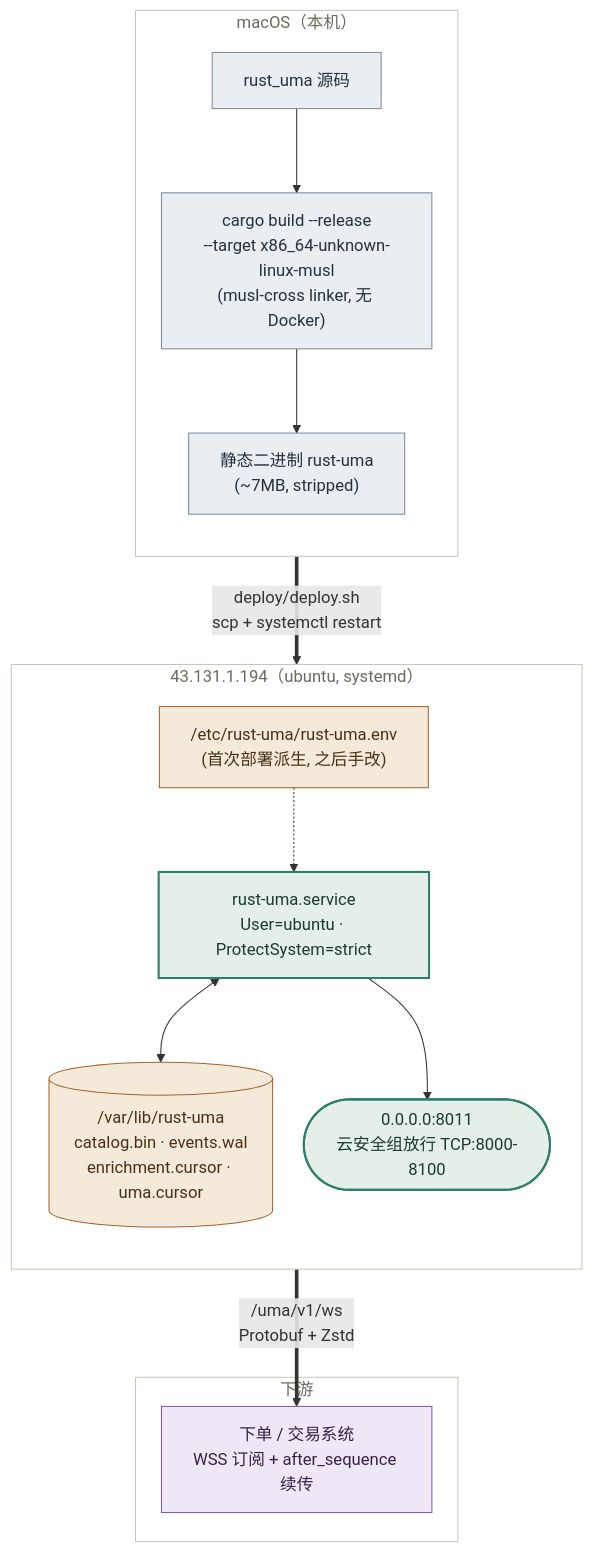
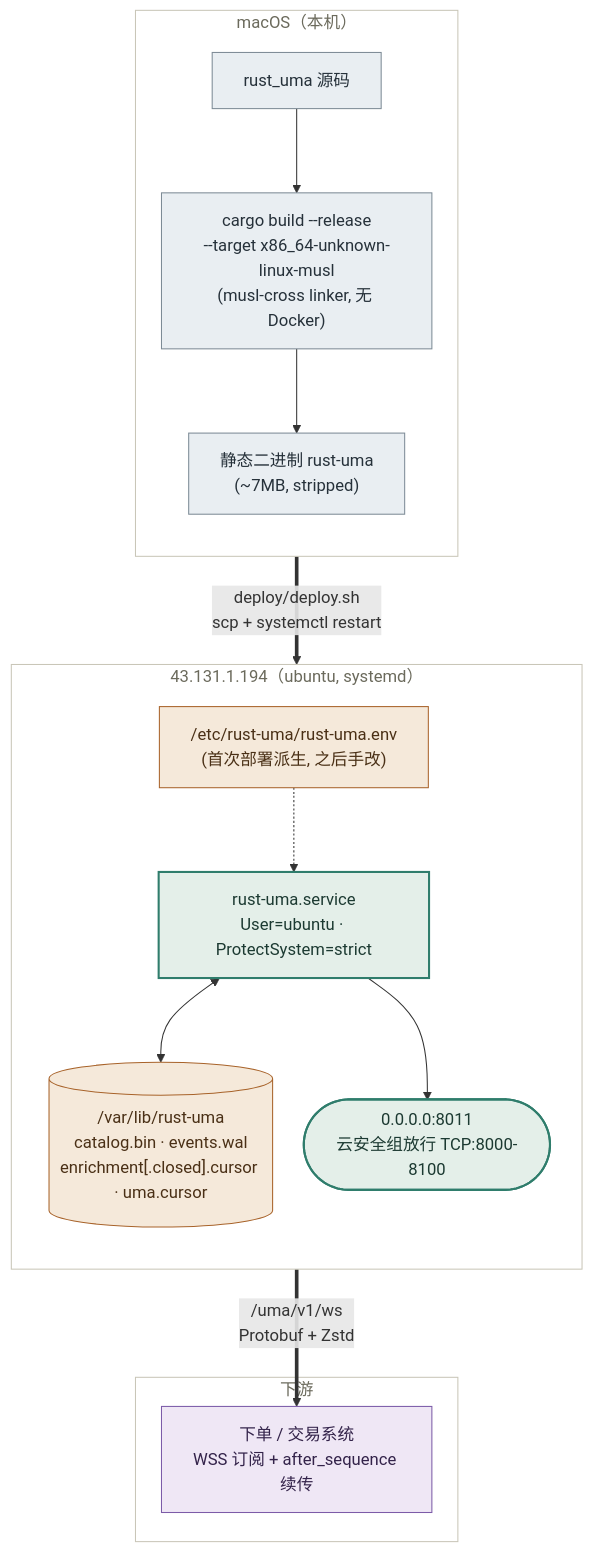
One commit to polymas/rust_uma changed the third of 3 diagrams in docs/ARCHITECTURE.md. Above: the diagram before and after it, drawn with Mermaid. The commit also changed other lines of this file and 8 other files, not shown here.

````diff
--- a/docs/ARCHITECTURE.md
+++ b/docs/ARCHITECTURE.md
@@ -142,41 +143,41 @@
 ```mermaid
 %%{init: {"flowchart": {"curve": "basis", "nodeSpacing": 30, "rankSpacing": 56}} }%%
 flowchart TD
     subgraph MAC[" macOS（本机） "]
         direction TB
         CODE["rust_uma 源码"]
         BUILD["cargo build --release\n--target x86_64-unknown-linux-musl\n(musl-cross linker, 无 Docker)"]
         BIN["静态二进制 rust-uma\n(~7MB, stripped)"]
         CODE --> BUILD --> BIN
     end
 
     subgraph SERVER[" 43.131.1.194（ubuntu, systemd） "]
         direction TB
         ENV["/etc/rust-uma/rust-uma.env\n(首次部署派生, 之后手改)"]
         SVC["rust-uma.service\nUser=ubuntu · ProtectSystem=strict"]
-        STATE[("/var/lib/rust-uma\ncatalog.bin · events.wal\nenrichment.cursor · uma.cursor")]
+        STATE[("/var/lib/rust-uma\ncatalog.bin · events.wal\nenrichment[.closed].cursor · uma.cursor")]
         PORT(["0.0.0.0:8011\n云安全组放行 TCP:8000-8100"])
         ENV -.-> SVC
         SVC <--> STATE
         SVC --> PORT
     end
 
     subgraph DOWN[" 下游 "]
         BOT["下单 / 交易系统\nWSS 订阅 + after_sequence 续传"]
     end
 
     BIN ==>|"deploy/deploy.sh\nscp + systemctl restart"| SVC
     PORT ==>|"/uma/v1/ws\nProtobuf + Zstd"| BOT
 
     classDef src fill:#e9eef2,stroke:#7d8b96,color:#26313a;
     classDef hot fill:#e4efe9,stroke:#2f7d6c,stroke-width:2px,color:#1c3a32;
     classDef warm fill:#f5e9da,stroke:#a8632a,color:#4a3016;
     classDef sink fill:#efe7f5,stroke:#7c5ba8,color:#33234a;
     class CODE,BUILD,BIN src;
     class SVC,PORT hot;
     class ENV,STATE warm;
     class BOT sink;
 
     classDef group fill:#ffffff,stroke:#c9c6b8,stroke-width:1px,color:#6b6a5c;
     class MAC,SERVER,DOWN group;
 ```
````
